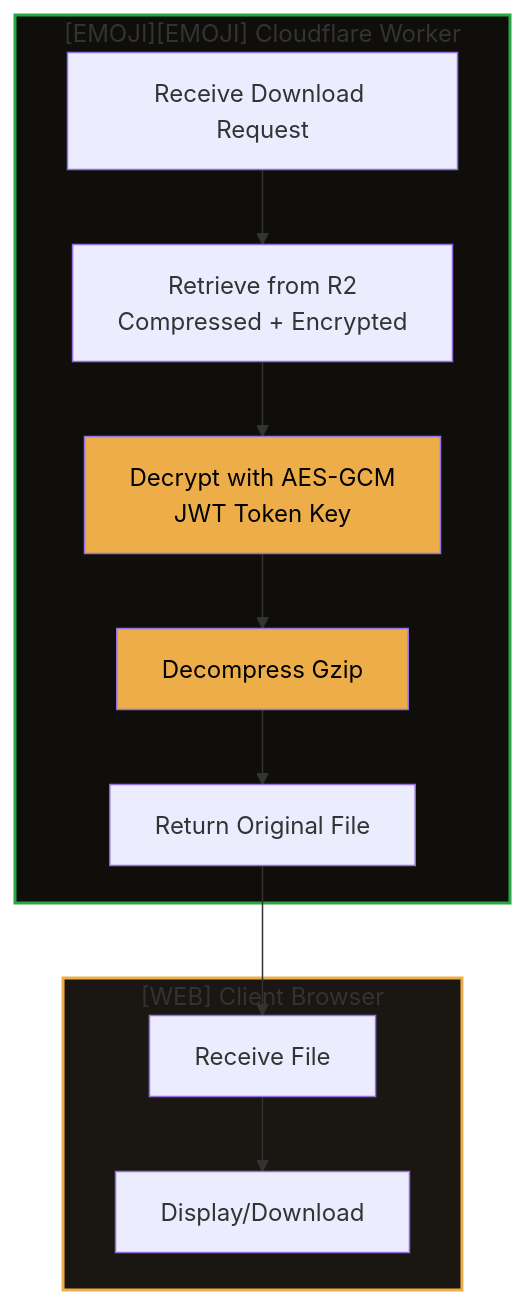
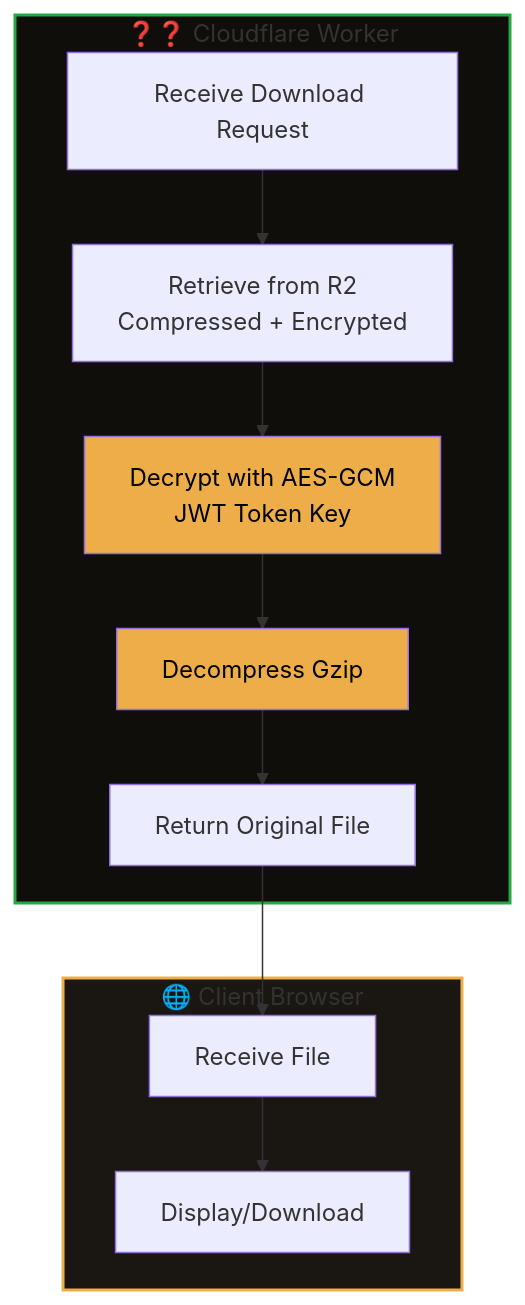
The second of 2 diagrams in serverless/mods-api/README.md (Underwood-Inc/strixun-stream-suite), drawn with Mermaid before and after one commit. The commit also changed other lines of this file and 483 other files, not shown here.

````diff
--- a/serverless/mods-api/README.md
+++ b/serverless/mods-api/README.md
@@ -50,19 +50,19 @@
 ```mermaid
 flowchart TB
-    subgraph Server["[EMOJI][EMOJI] Cloudflare Worker"]
+    subgraph Server["❓❓ Cloudflare Worker"]
         A[Receive Download Request] --> B[Retrieve from R2<br/>Compressed + Encrypted]
         B --> C[Decrypt with AES-GCM<br/>JWT Token Key]
         C --> D[Decompress Gzip]
         D --> E[Return Original File]
     end
     
-    subgraph Client["[WEB] Client Browser"]
+    subgraph Client["🌐 Client Browser"]
         E --> F[Receive File]
         F --> G[Display/Download]
     end
     
     style Server fill:#0f0e0b,stroke:#28a745,stroke-width:2px
     style C fill:#edae49,color:#000
     style D fill:#edae49,color:#000
     style Client fill:#1a1611,stroke:#edae49,stroke-width:2px
 ```
````
